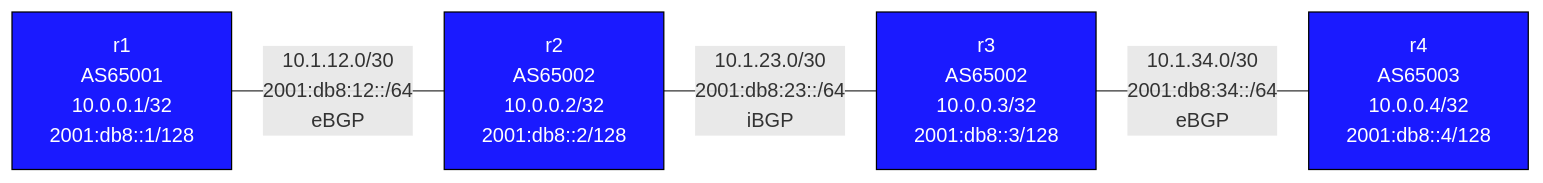
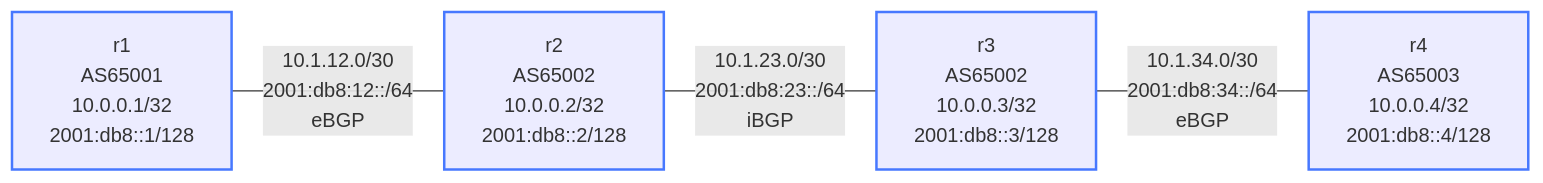
The diagram in labs/ipv6-bgp/README.md (jschless/networkingLabs), drawn with Mermaid before and after one commit. The commit also changed 250 other files, not shown here.

Commit message:
Fix unreadable topology diagrams, convert ASCII art, publish assessments (#57)

````diff
--- a/labs/ipv6-bgp/README.md
+++ b/labs/ipv6-bgp/README.md
@@ -11,14 +11,14 @@
 ```mermaid
 flowchart LR
-    r1["r1\nAS65001\n10.0.0.1/32\n2001:db8::1/128"]
-    r2["r2\nAS65002\n10.0.0.2/32\n2001:db8::2/128"]
-    r3["r3\nAS65002\n10.0.0.3/32\n2001:db8::3/128"]
-    r4["r4\nAS65003\n10.0.0.4/32\n2001:db8::4/128"]
+    r1["r1<br/>AS65001<br/>10.0.0.1/32<br/>2001:db8::1/128"]
+    r2["r2<br/>AS65002<br/>10.0.0.2/32<br/>2001:db8::2/128"]
+    r3["r3<br/>AS65002<br/>10.0.0.3/32<br/>2001:db8::3/128"]
+    r4["r4<br/>AS65003<br/>10.0.0.4/32<br/>2001:db8::4/128"]
 
-    r1 -- "10.1.12.0/30\n2001:db8:12::/64\neBGP" --- r2
-    r2 -- "10.1.23.0/30\n2001:db8:23::/64\niBGP" --- r3
-    r3 -- "10.1.34.0/30\n2001:db8:34::/64\neBGP" --- r4
+    r1 -- "10.1.12.0/30<br/>2001:db8:12::/64<br/>eBGP" --- r2
+    r2 -- "10.1.23.0/30<br/>2001:db8:23::/64<br/>iBGP" --- r3
+    r3 -- "10.1.34.0/30<br/>2001:db8:34::/64<br/>eBGP" --- r4
 
-    classDef router fill:#1a1aff,color:#fff,stroke:#000
+    classDef router stroke:#4778ff,stroke-width:2px
     class r1,r2,r3,r4 router
 ```
````
